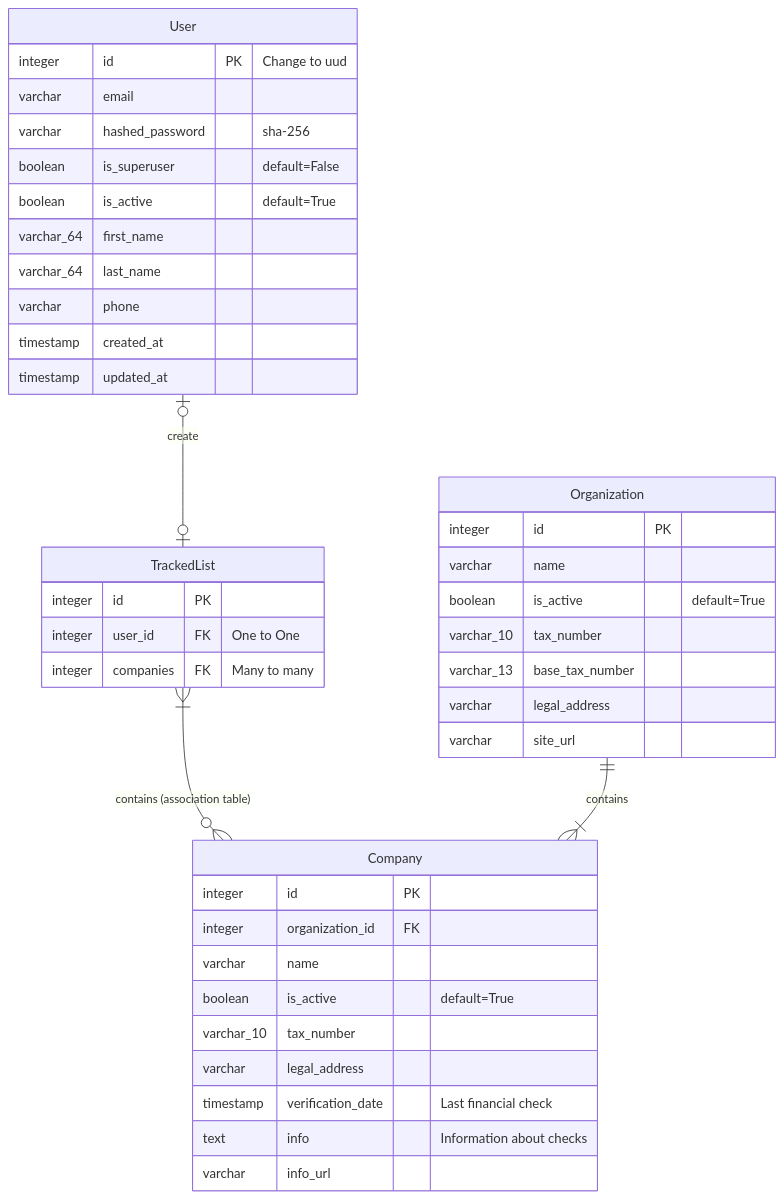
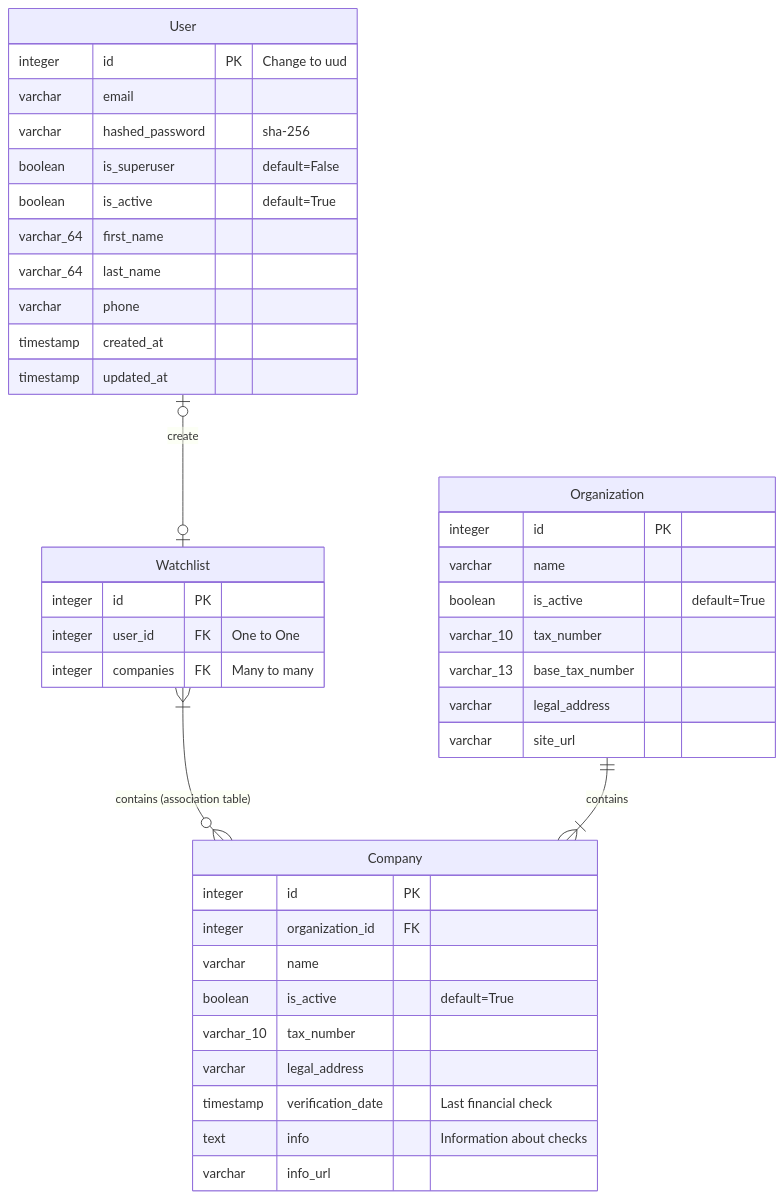
One commit to okunevkirill/DjangoAuditSRO changed the diagram in docs/interaction_scheme.md. Above: the diagram before and after it, drawn with Mermaid. The commit also changed 6 other files, not shown here.

````diff
--- a/docs/interaction_scheme.md
+++ b/docs/interaction_scheme.md
@@ -1,46 +1,46 @@
 ```mermaid
 erDiagram
-    User |o--o| TrackedList : create
+    User |o--o| Watchlist : create
     User {
         integer id PK "Change to uud"
         varchar email
         varchar hashed_password "sha-256"
         boolean is_superuser "default=False"
         boolean is_active "default=True"
         varchar_64 first_name
         varchar_64 last_name
         varchar phone
         timestamp created_at
         timestamp updated_at 
     }
     
-    TrackedList }|--o{ Company : "contains (association table)"
-    TrackedList {
+    Watchlist }|--o{ Company : "contains (association table)"
+    Watchlist {
         integer id PK
         integer user_id FK "One to One"
         integer companies FK "Many to many"
     }
     
     Organization ||--|{ Company : contains
     Organization {
         integer id PK
         varchar name
         boolean is_active "default=True"
         varchar_10 tax_number
         varchar_13 base_tax_number
         varchar legal_address
         varchar site_url
     }
     
     Company {
         integer id PK
         integer organization_id FK
         varchar name
         boolean is_active "default=True"
         varchar_10 tax_number
         varchar legal_address
         timestamp verification_date "Last financial check"
         text info "Information about checks"
         varchar info_url
     }
 ```
````
